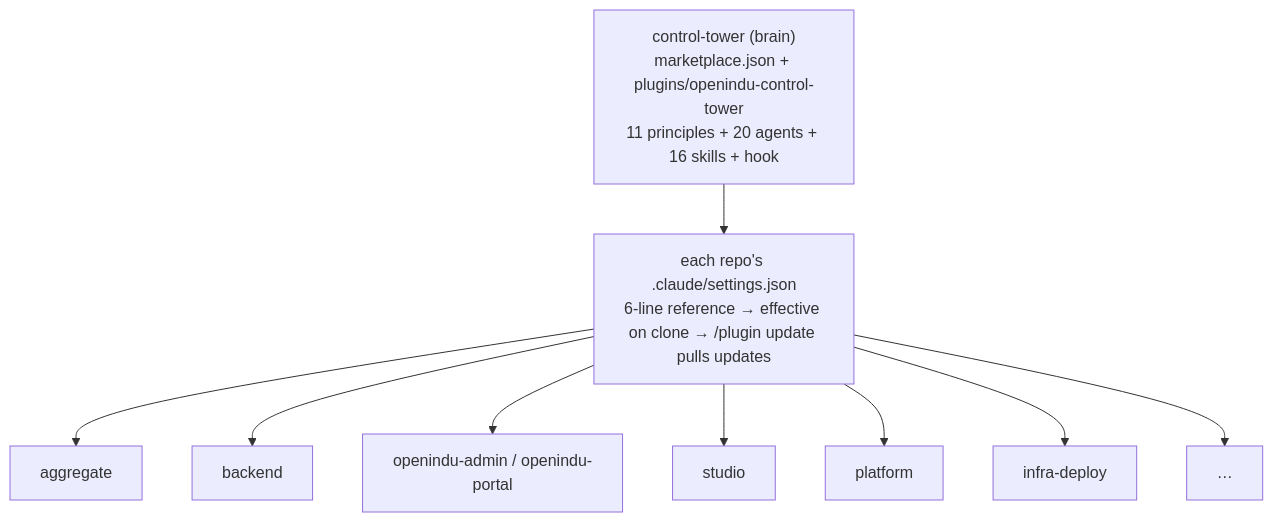
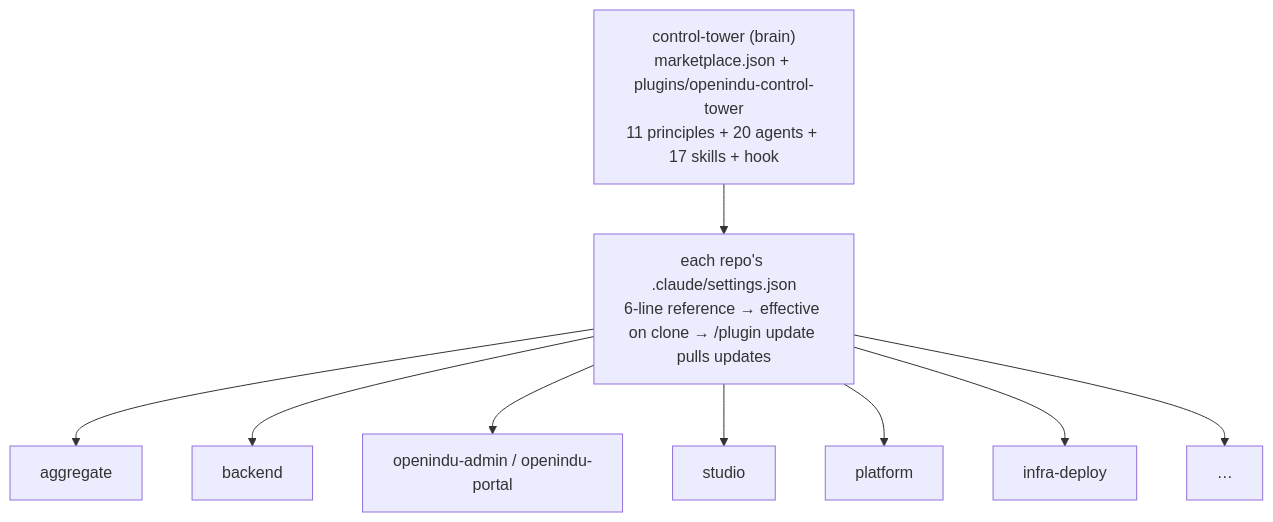
Before and after one commit to openIndu/control-tower: the first of 2 diagrams in AGENTS.md, drawn with Mermaid. The commit also changed other lines of this file and 10 other files, not shown here.

````diff
--- a/AGENTS.md
+++ b/AGENTS.md
@@ -43,13 +43,13 @@
 ```mermaid
 graph TD
-    brain["control-tower (brain)<br/>marketplace.json + plugins/openindu-control-tower<br/>11 principles + 20 agents + 16 skills + hook"]
+    brain["control-tower (brain)<br/>marketplace.json + plugins/openindu-control-tower<br/>11 principles + 20 agents + 17 skills + hook"]
     settings["each repo's .claude/settings.json<br/>6-line reference → effective on clone → /plugin update pulls updates"]
     brain --> settings
     settings --> aggregate
     settings --> backend
     settings --> adminportal["openindu-admin / openindu-portal"]
     settings --> studio
     settings --> platform
     settings --> infra["infra-deploy"]
     settings --> more["…"]
 ```
````
